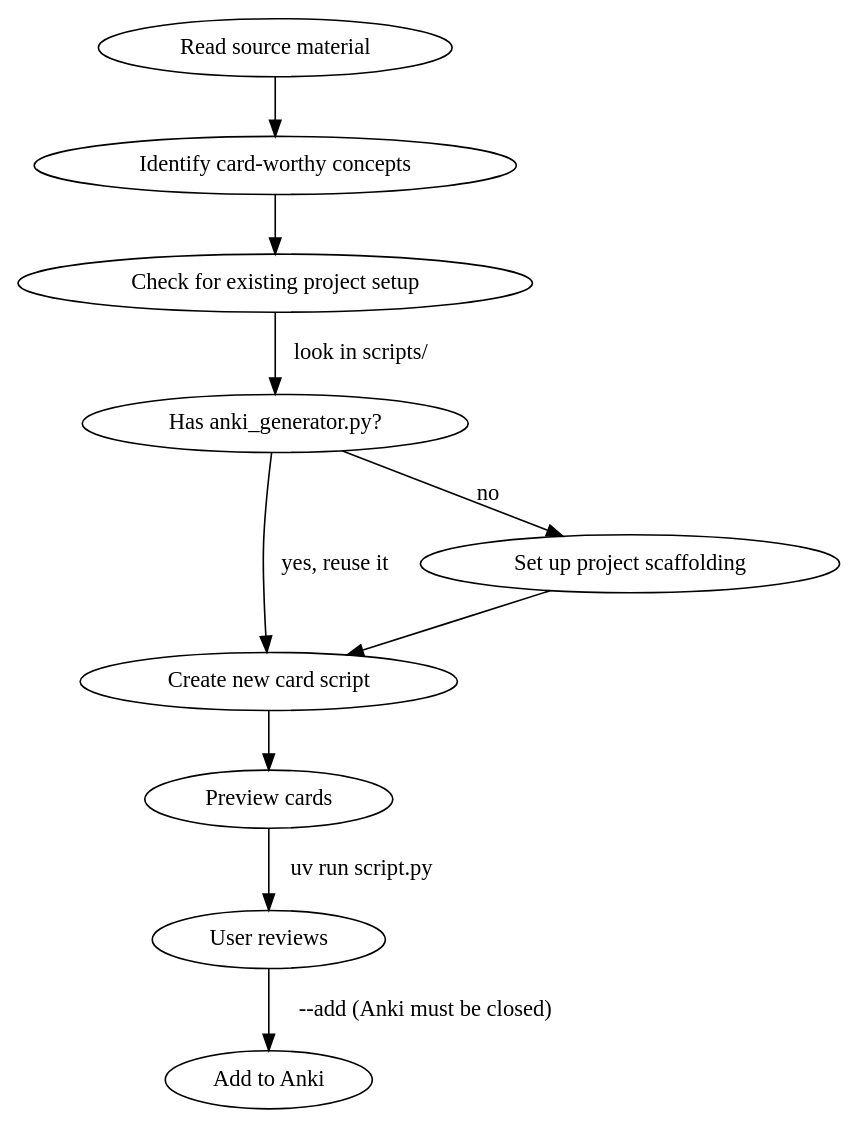
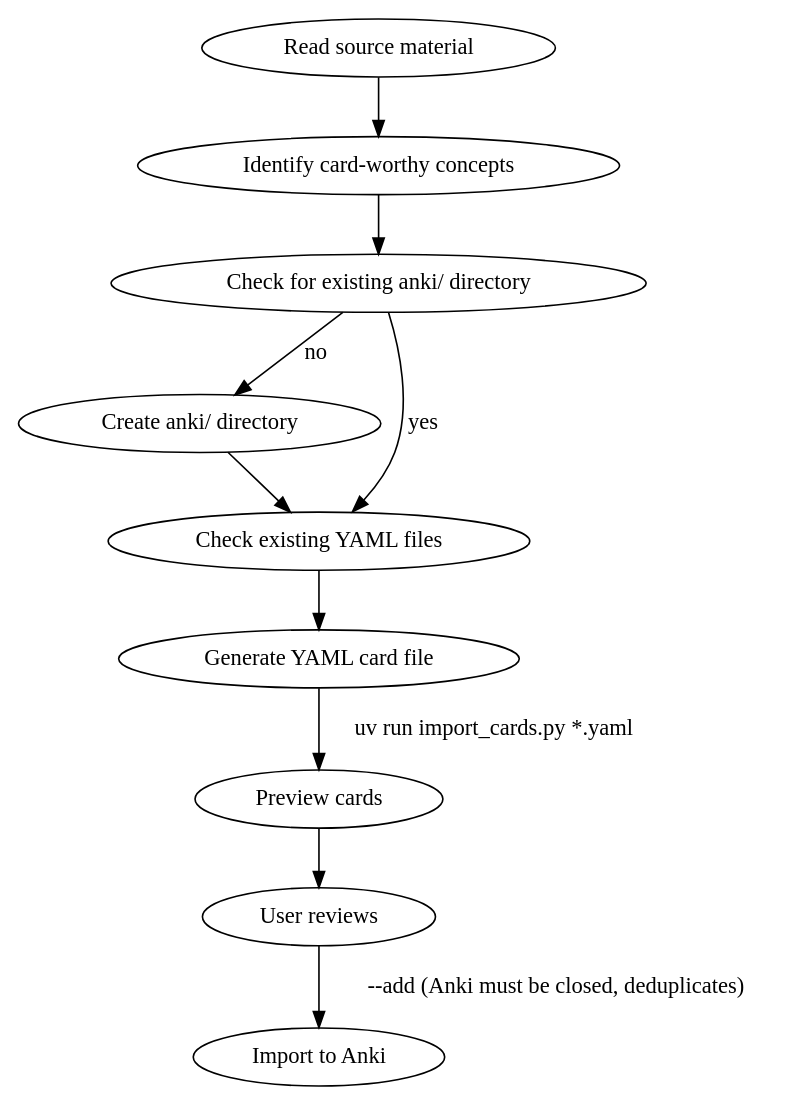
One commit to BunnyRocks/rabbit-hole changed the diagram in plugins/accelerated-learning/skills/creating-anki-cards/SKILL.md. Above: the diagram before and after it, drawn with Graphviz. The commit also changed other lines of this file and 3 other files, not shown here.

First line of the commit message:
Refactor Anki card skill to use YAML data files (#5)

````diff
--- a/plugins/accelerated-learning/skills/creating-anki-cards/SKILL.md
+++ b/plugins/accelerated-learning/skills/creating-anki-cards/SKILL.md
@@ -20,13 +20,13 @@
 ```dot
 digraph anki_workflow {
   "Read source material" -> "Identify card-worthy concepts";
-  "Identify card-worthy concepts" -> "Check for existing project setup";
-  "Check for existing project setup" -> "Has anki_generator.py?" [label="look in scripts/"];
-  "Has anki_generator.py?" -> "Create new card script" [label="yes, reuse it"];
-  "Has anki_generator.py?" -> "Set up project scaffolding" [label="no"];
-  "Set up project scaffolding" -> "Create new card script";
-  "Create new card script" -> "Preview cards";
-  "Preview cards" -> "User reviews" [label="uv run script.py"];
-  "User reviews" -> "Add to Anki" [label="--add (Anki must be closed)"];
+  "Identify card-worthy concepts" -> "Check for existing anki/ directory";
+  "Check for existing anki/ directory" -> "Create anki/ directory" [label="no"];
+  "Check for existing anki/ directory" -> "Check existing YAML files" [label="yes"];
+  "Create anki/ directory" -> "Check existing YAML files";
+  "Check existing YAML files" -> "Generate YAML card file";
+  "Generate YAML card file" -> "Preview cards" [label="uv run import_cards.py *.yaml"];
+  "Preview cards" -> "User reviews";
+  "User reviews" -> "Import to Anki" [label="--add (Anki must be closed, deduplicates)"];
 }
 ```
````
